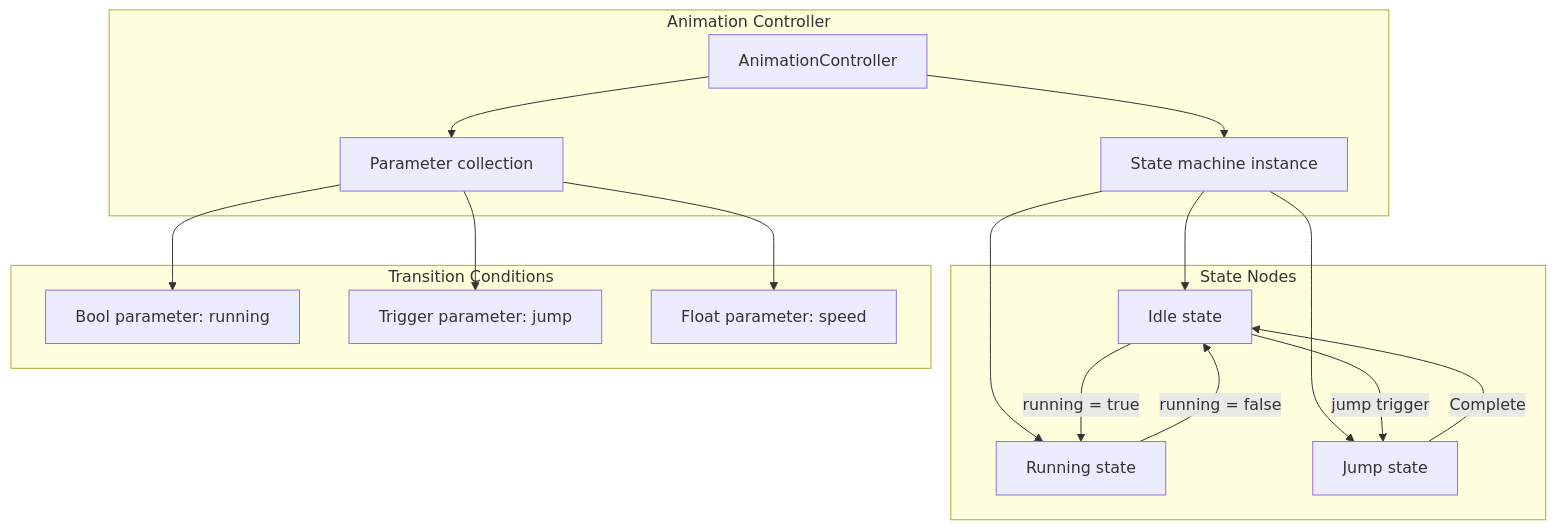
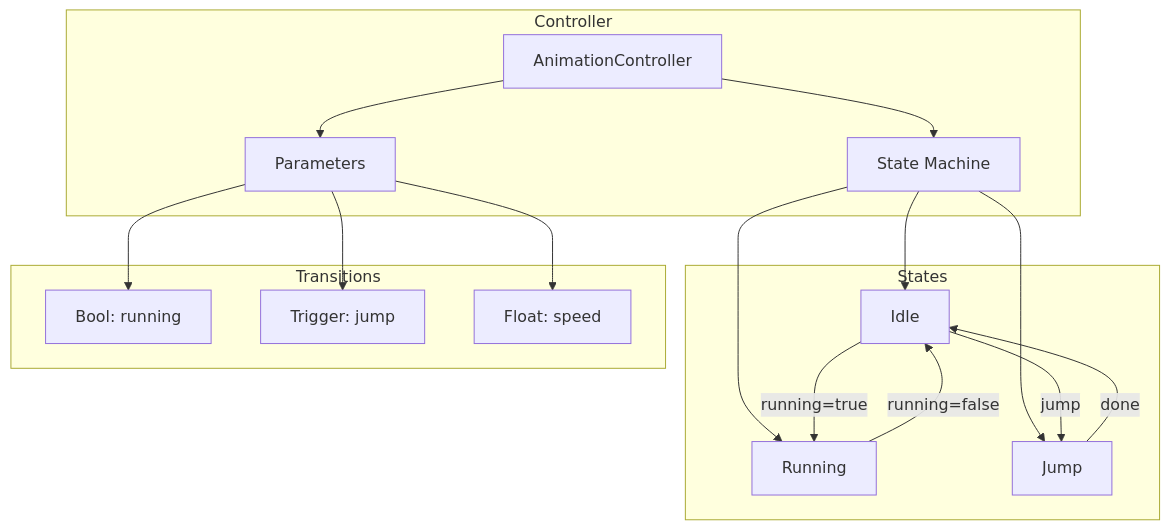
Before and after one commit to NGLSG/Luma: diagram 11 of 11 in ARCHITECTURE_EN.md, drawn with Mermaid. The commit also changed other lines of this file and 27 other files, not shown here.

````diff
--- a/ARCHITECTURE_EN.md
+++ b/ARCHITECTURE_EN.md
@@ -295,25 +284,33 @@
 ```mermaid
 graph TD
-    subgraph "Animation Controller"
+    subgraph "Controller"
         A[AnimationController]
-        B[State machine instance]
-        C[Parameter collection]
+        B[State Machine]
+        C[Parameters]
     end
 
-    subgraph "State Nodes"
-        D[Idle state]
-        E[Running state]
-        F[Jump state]
+    subgraph "States"
+        D[Idle]
+        E[Running]
+        F[Jump]
     end
 
-    subgraph "Transition Conditions"
-        G[Bool parameter: running]
-        H[Trigger parameter: jump]
-        I[Float parameter: speed]
+    subgraph "Transitions"
+        G[Bool: running]
+        H[Trigger: jump]
+        I[Float: speed]
     end
 
-    A --> B; A --> C; B --> D; B --> E; B --> F;
-    D -->|running = true| E; E -->|running = false| D;
-    D -->|jump trigger| F; F -->|Complete| D;
-    C --> G; C --> H; C --> I
+    A --> B
+    A --> C
+    B --> D
+    B --> E
+    B --> F
+    D -->|running=true| E
+    E -->|running=false| D
+    D -->|jump| F
+    F -->|done| D
+    C --> G
+    C --> H
+    C --> I
 ```
````
